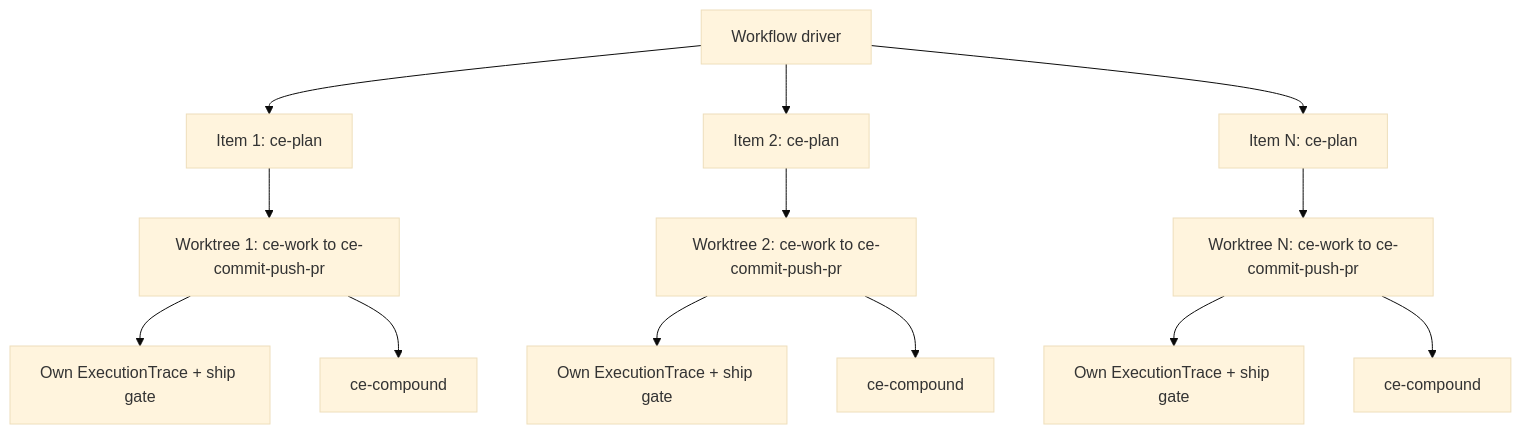
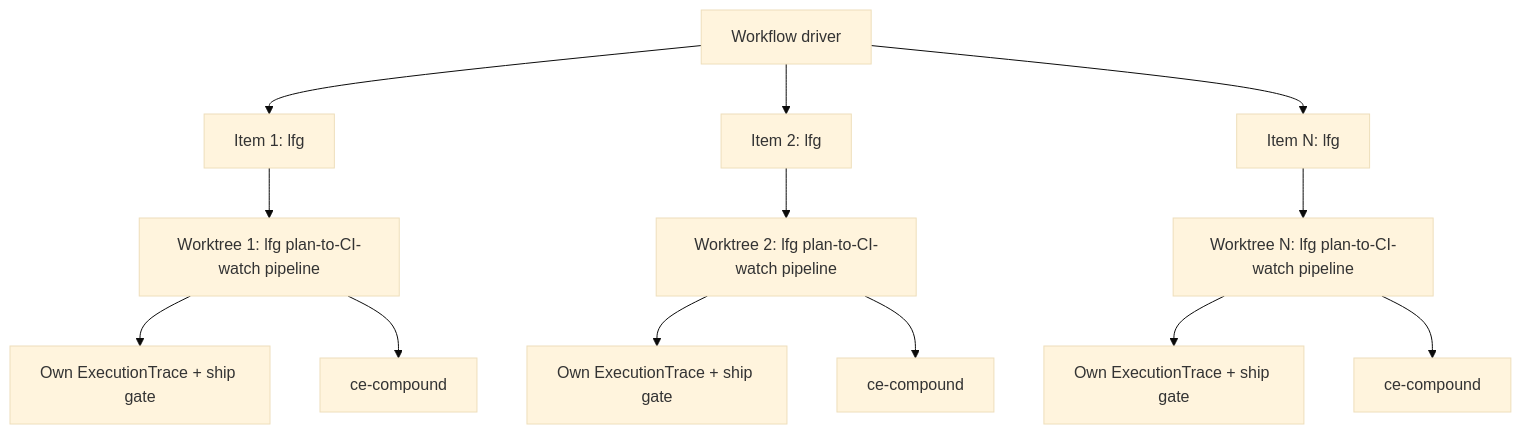
One commit to Wescome/ce-plugin changed the first of 2 diagrams in docs/plans/2026-07-06-001-feat-concurrent-multi-feature-fanout-plan.md. Above: the diagram before and after it, drawn with Mermaid (base theme). The commit also changed other lines of this file and 19 other files, not shown here.

First line of the commit message:
feat(lfg): add ready-plan bypass to skip redundant ce-plan on already-ready plans

````diff
--- a/docs/plans/2026-07-06-001-feat-concurrent-multi-feature-fanout-plan.md
+++ b/docs/plans/2026-07-06-001-feat-concurrent-multi-feature-fanout-plan.md
@@ -74,15 +74,15 @@
 ```mermaid
 flowchart TB
-  D[Workflow driver] --> P1[Item 1: ce-plan]
-  D --> P2[Item 2: ce-plan]
-  D --> P3[Item N: ce-plan]
-  P1 --> W1[Worktree 1: ce-work to ce-commit-push-pr]
-  P2 --> W2[Worktree 2: ce-work to ce-commit-push-pr]
-  P3 --> W3[Worktree N: ce-work to ce-commit-push-pr]
+  D[Workflow driver] --> P1[Item 1: lfg]
+  D --> P2[Item 2: lfg]
+  D --> P3[Item N: lfg]
+  P1 --> W1[Worktree 1: lfg plan-to-CI-watch pipeline]
+  P2 --> W2[Worktree 2: lfg plan-to-CI-watch pipeline]
+  P3 --> W3[Worktree N: lfg plan-to-CI-watch pipeline]
   W1 --> G1[Own ExecutionTrace + ship gate]
   W2 --> G2[Own ExecutionTrace + ship gate]
   W3 --> G3[Own ExecutionTrace + ship gate]
   W1 --> C1[ce-compound]
   W2 --> C2[ce-compound]
   W3 --> C3[ce-compound]
 ```
````
